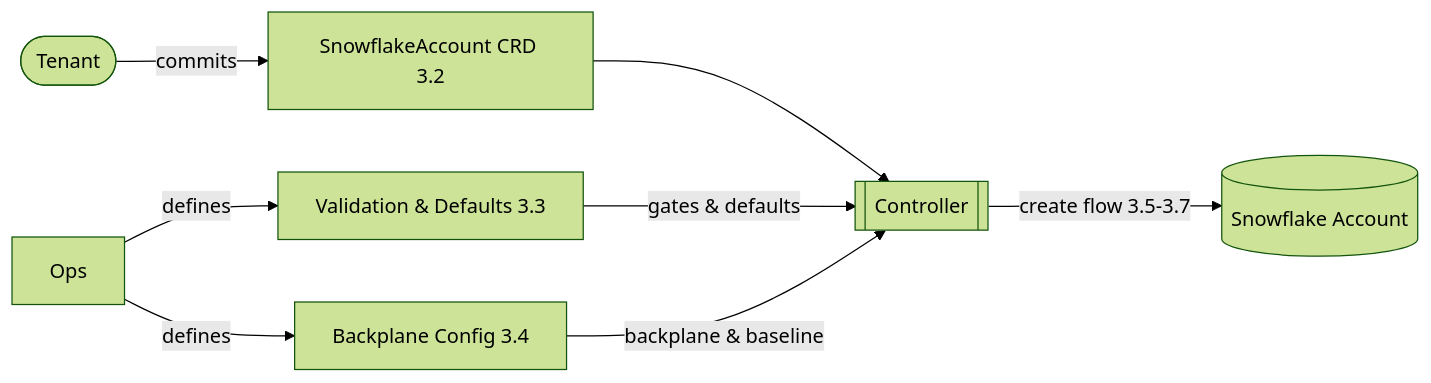
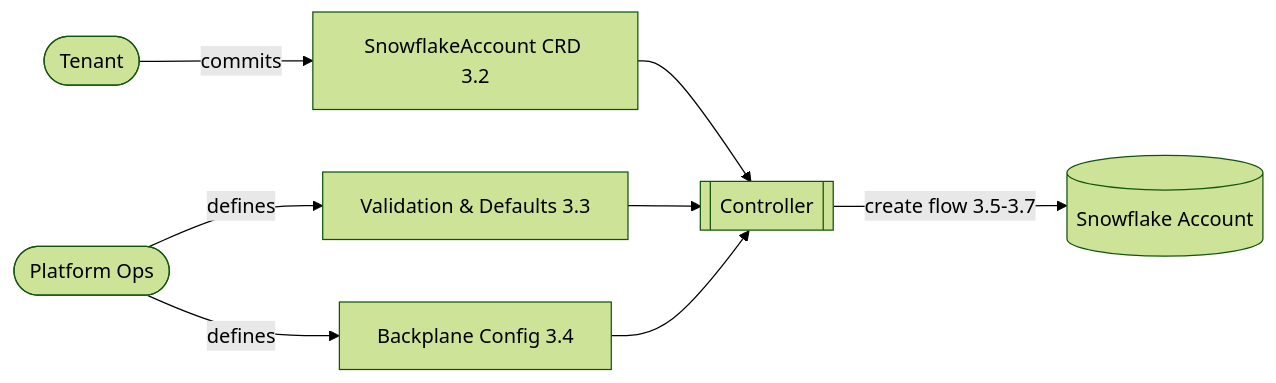
Before and after one commit to allianz/yukimi: the diagram in specs/design.md, drawn with Mermaid (forest theme).

Commit message:
added mermaid

````diff
--- a/specs/design.md
+++ b/specs/design.md
@@ -112,12 +112,12 @@
 ```mermaid
 flowchart LR
     Tenant([Tenant]) -->|commits| CRD[SnowflakeAccount CRD 3.2]
-    Ops -->|defines| ValidationRules[Validation & Defaults 3.3]
+    Ops([Platform Ops]) -->|defines| ValidationRules[Validation & Defaults 3.3]
     Ops -->|defines| BackplaneConfig[Backplane Config 3.4]
 
     CRD --> Controller[[Controller]]
-    ValidationRules -->|gates & defaults| Controller
-    BackplaneConfig -->|backplane & baseline| Controller
+    ValidationRules --> Controller
+    BackplaneConfig --> Controller
 
     Controller -->|create flow 3.5-3.7| Snowflake[(Snowflake Account)]
 ```
````
